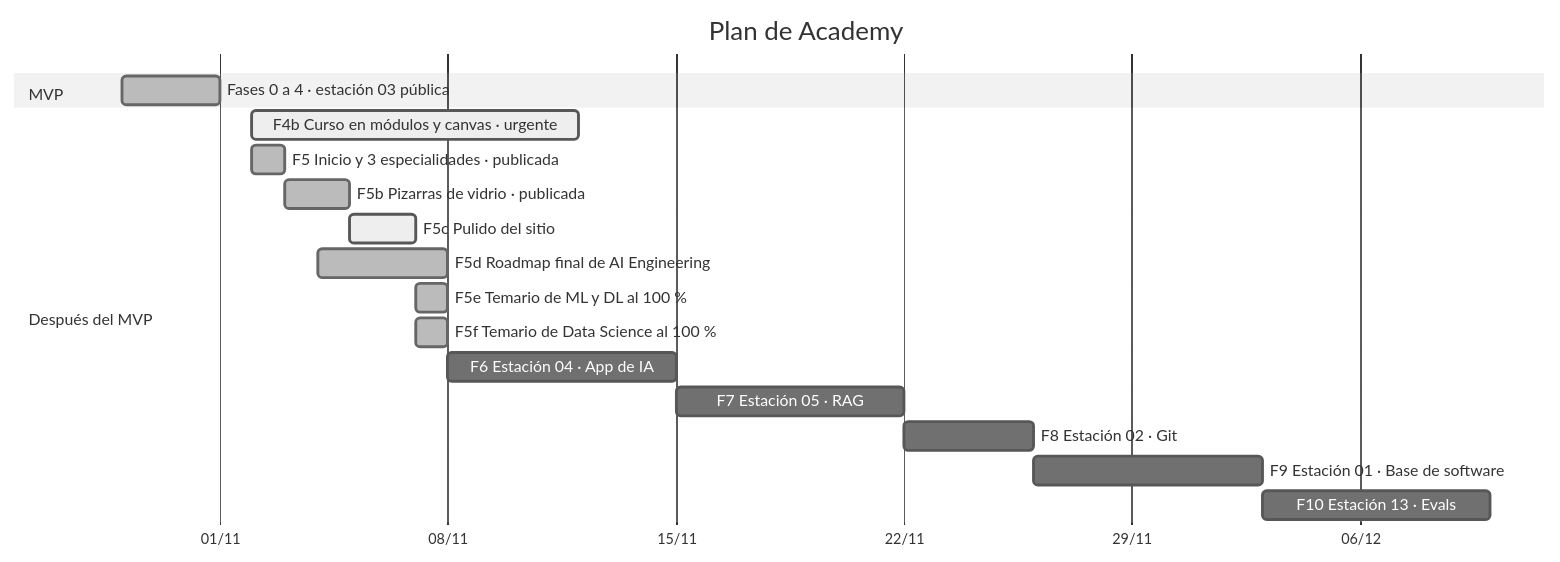
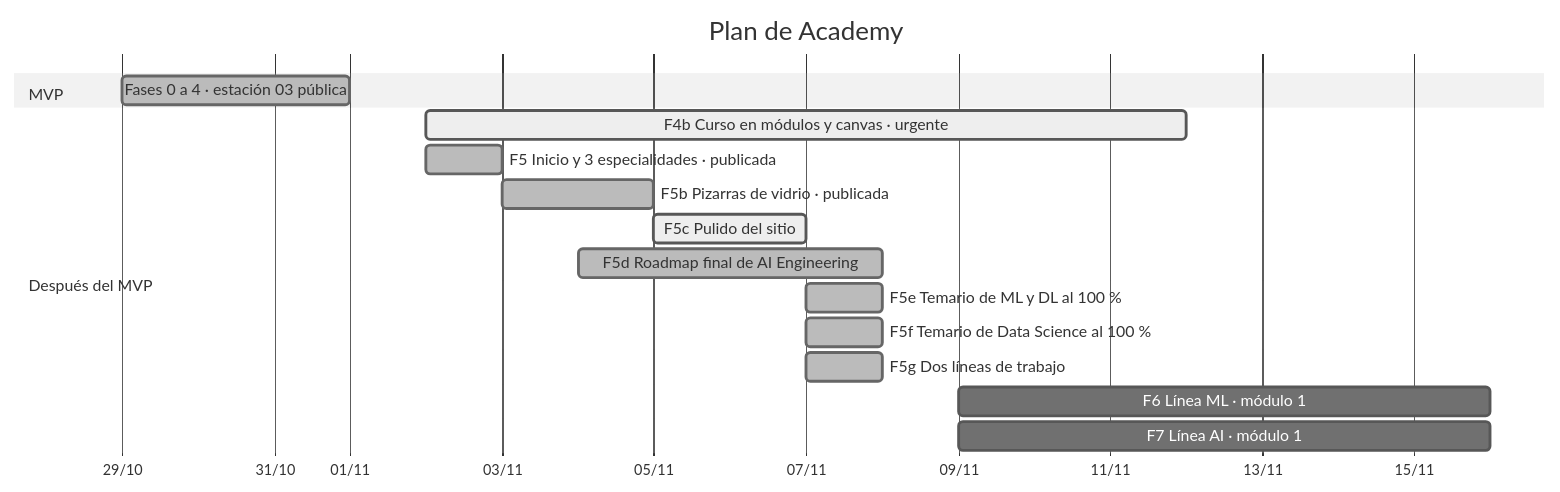
One commit to francoSW99/Academy changed the diagram in AVANCE.md. Above: the diagram before and after it, drawn with Mermaid (neutral theme). The commit also changed other lines of this file and 12 other files, not shown here.

First line of the commit message:
Dos líneas de trabajo: generadores del temario en git y plan por curso (pedido 106)

````diff
--- a/AVANCE.md
+++ b/AVANCE.md
@@ -68,21 +65,19 @@
 ```mermaid
 gantt
     title Plan de Academy
     dateFormat YYYY-MM-DD
     axisFormat %d/%m
     section MVP
     Fases 0 a 4 · estación 03 pública :done, mvp, 2026-10-29, 2026-11-01
     section Después del MVP
     F4b Curso en módulos y canvas · urgente :active, f4b, 2026-11-02, 10d
     F5 Inicio y 3 especialidades · publicada :done, f5, 2026-11-02, 1d
     F5b Pizarras de vidrio · publicada :done, f5b, after f5, 2d
     F5c Pulido del sitio :active, f5c, after f5b, 2d
     F5d Roadmap final de AI Engineering :done, f5d, 2026-11-04, 4d
     F5e Temario de ML y DL al 100 % :done, f5e, 2026-11-07, 1d
     F5f Temario de Data Science al 100 % :done, f5f, 2026-11-07, 1d
-    F6 Estación 04 · App de IA :f6, after f5d, 7d
-    F7 Estación 05 · RAG :f7, after f6, 7d
-    F8 Estación 02 · Git :f8, after f7, 4d
-    F9 Estación 01 · Base de software :f9, after f8, 7d
-    F10 Estación 13 · Evals :f10, after f9, 7d
+    F5g Dos líneas de trabajo :done, f5g, 2026-11-07, 1d
+    F6 Línea ML · módulo 1 :f6, 2026-11-09, 7d
+    F7 Línea AI · módulo 1 :f7, 2026-11-09, 7d
 ```
````
